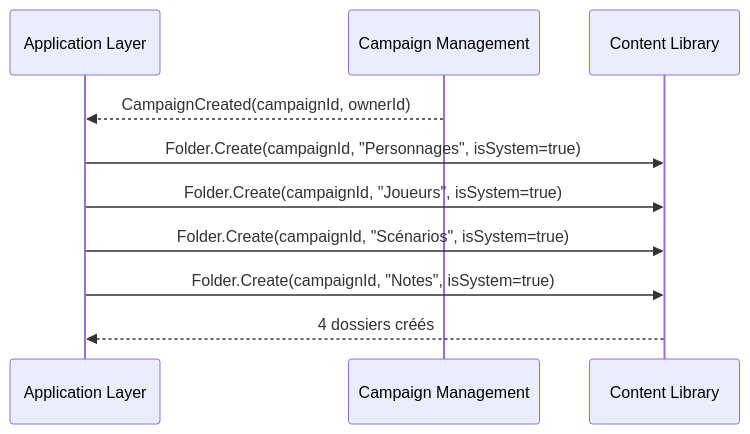
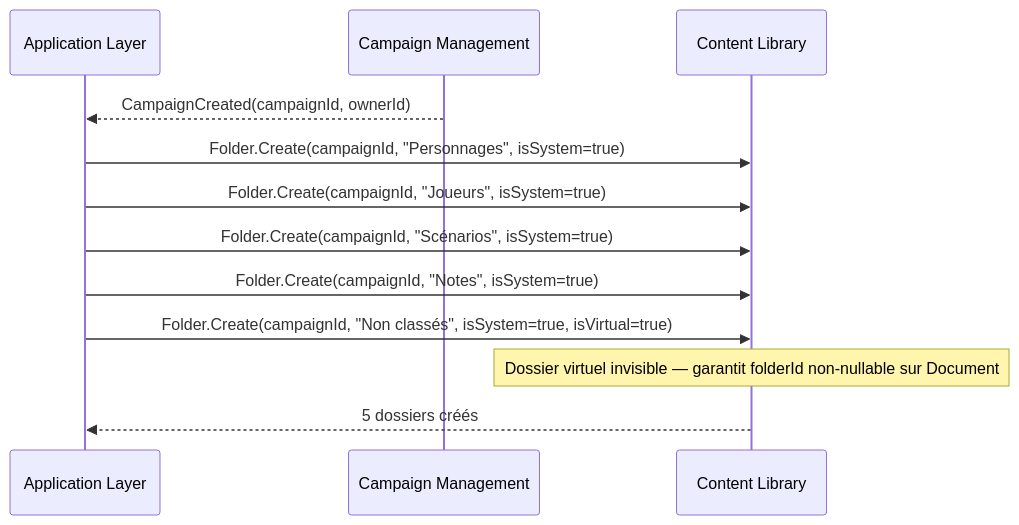
The first of 8 diagrams in docs/conception/domain/diagrams/flows/content-library.md (2025-10-CDA-ECO-P6/PM-micro-saas), drawn with Mermaid before and after one commit. The commit also changed 17 other files, not shown here.

````diff
--- a/docs/conception/domain/diagrams/flows/content-library.md
+++ b/docs/conception/domain/diagrams/flows/content-library.md
@@ -5,13 +5,15 @@
 ```mermaid
 sequenceDiagram
     participant App as Application Layer
     participant CM as Campaign Management
     participant CL as Content Library
 
     CM-->>App: CampaignCreated(campaignId, ownerId)
     App->>CL: Folder.Create(campaignId, "Personnages", isSystem=true)
     App->>CL: Folder.Create(campaignId, "Joueurs", isSystem=true)
     App->>CL: Folder.Create(campaignId, "Scénarios", isSystem=true)
     App->>CL: Folder.Create(campaignId, "Notes", isSystem=true)
-    CL-->>App: 4 dossiers créés
+    App->>CL: Folder.Create(campaignId, "Non classés", isSystem=true, isVirtual=true)
+    Note over CL: Dossier virtuel invisible — garantit folderId non-nullable sur Document
+    CL-->>App: 5 dossiers créés
 ```
````
